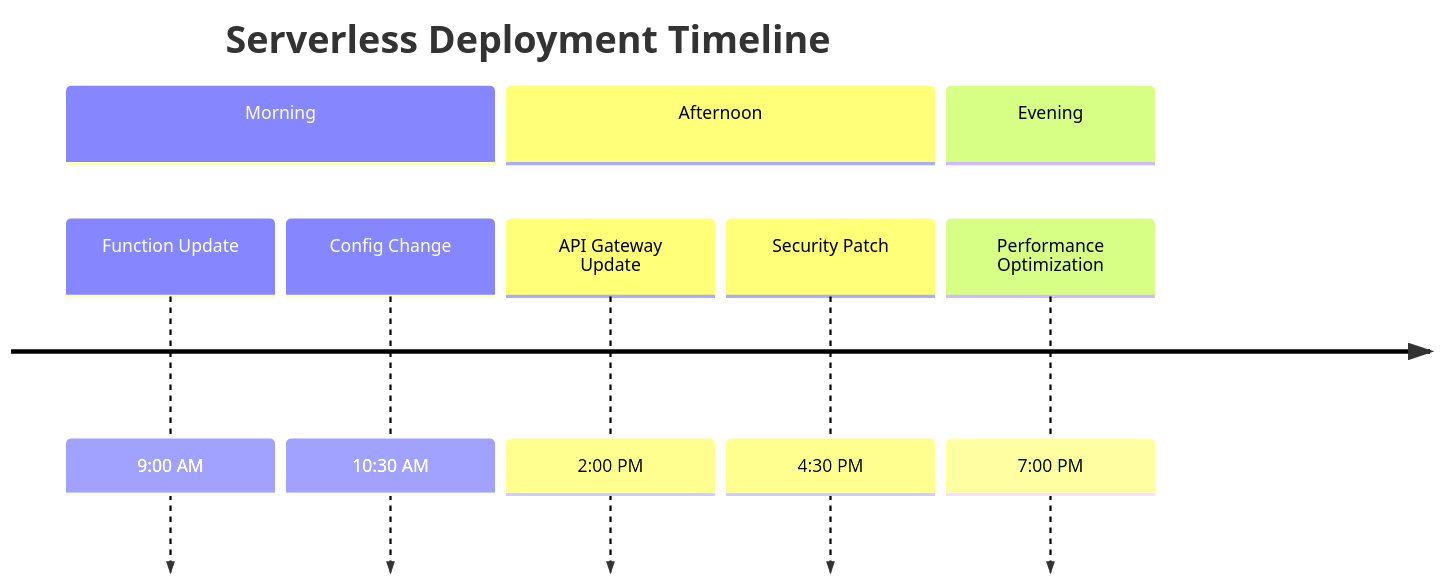
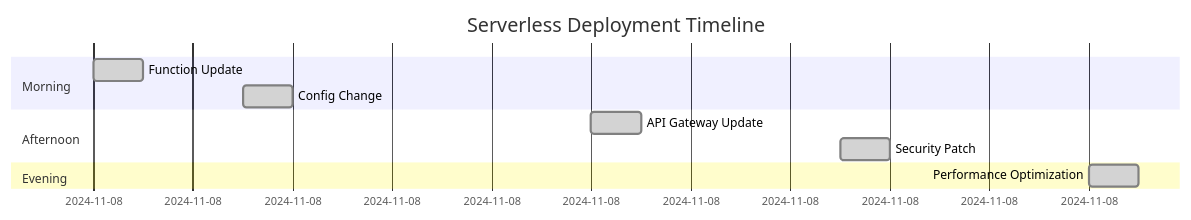
Before and after one commit to scifigurmeet/devops: the third of 8 diagrams in Build_and_Release_Management/Unit_6.md, drawn with Mermaid.

````diff
--- a/Build_and_Release_Management/Unit_6.md
+++ b/Build_and_Release_Management/Unit_6.md
@@ -54,12 +54,13 @@
 ```mermaid
-timeline
+gantt
     title Serverless Deployment Timeline
+    dateFormat YYYY-MM-DD HH:mm
     section Morning
-        Function Update : 9:00 AM
-        Config Change : 10:30 AM
+        Function Update     :done, 2024-11-08 09:00, 30m
+        Config Change       :done, 2024-11-08 10:30, 30m
     section Afternoon
-        API Gateway Update : 2:00 PM
-        Security Patch : 4:30 PM
+        API Gateway Update  :done, 2024-11-08 14:00, 30m
+        Security Patch      :done, 2024-11-08 16:30, 30m
     section Evening
-        Performance Optimization : 7:00 PM
+        Performance Optimization :done, 2024-11-08 19:00, 30m
 ```
````
